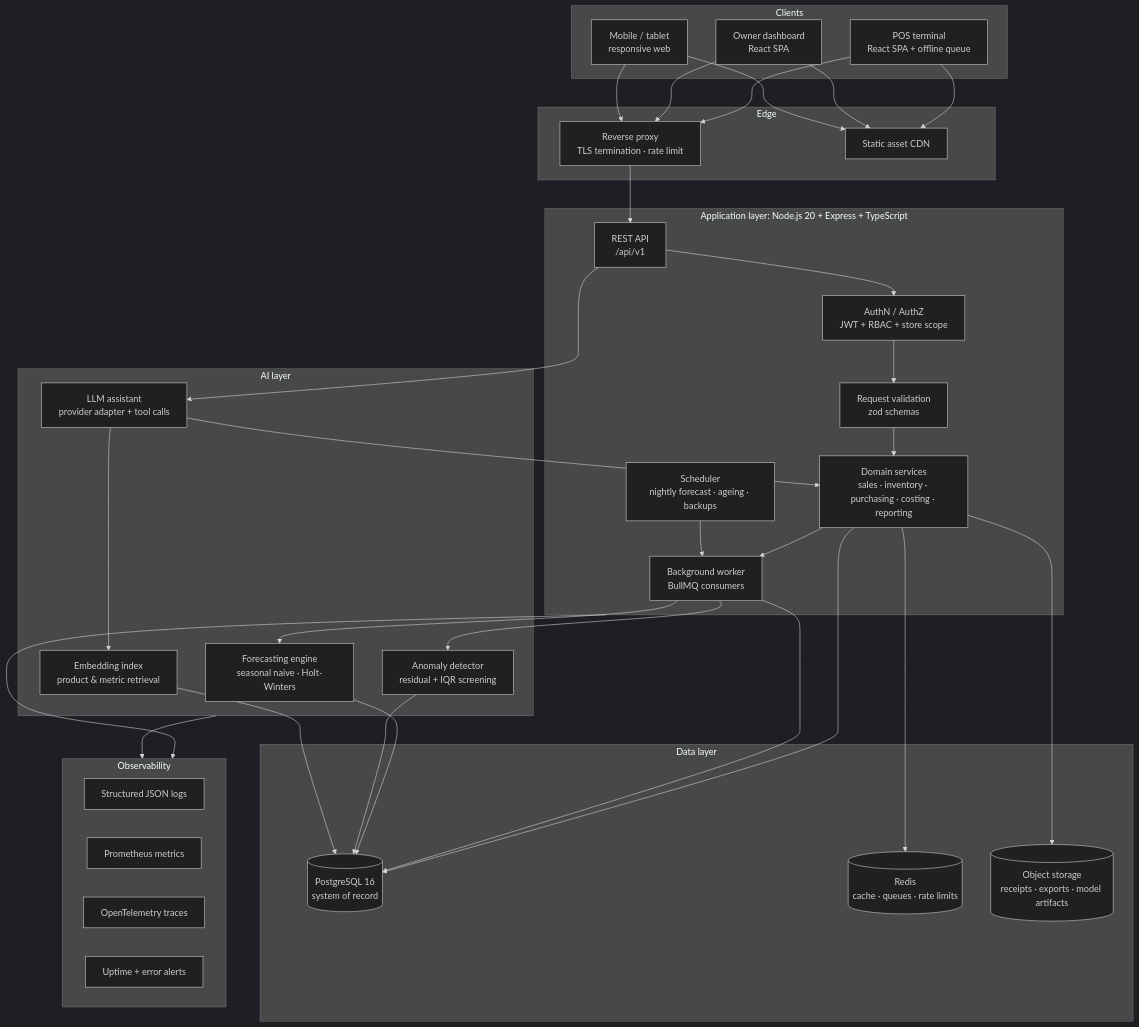
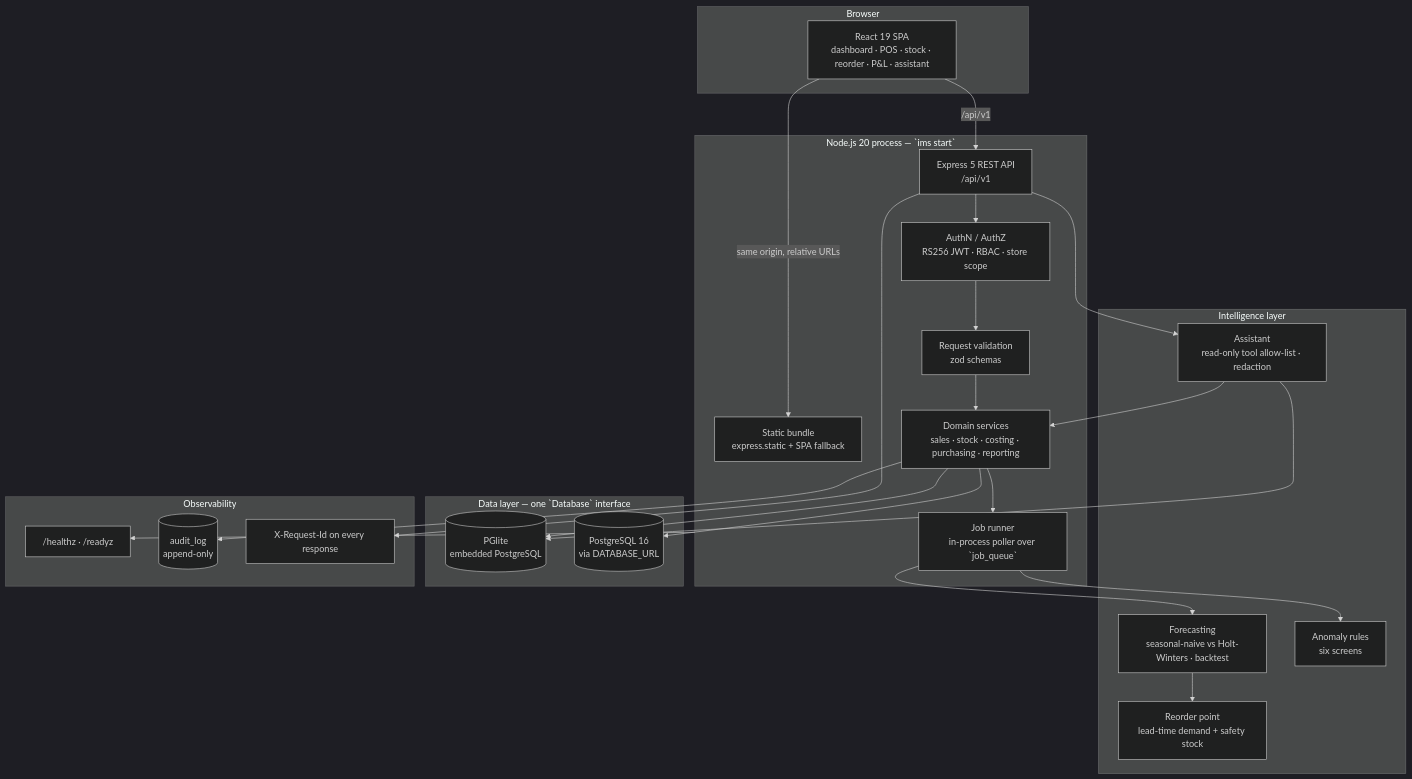
One commit to aikanii/inventory-management-system changed the first of 8 diagrams in README.md. Above: the diagram before and after it, drawn with Mermaid (dark theme). The commit also changed other lines of this file, not shown here.

First line of the commit message:
docs: add implementation roadmap and API tour to README

````diff
--- a/README.md
+++ b/README.md
@@ -152,67 +156,47 @@
 ```mermaid
 flowchart TB
-    subgraph Clients["Clients"]
-        POS["POS terminal<br/>React SPA + offline queue"]
-        Admin["Owner dashboard<br/>React SPA"]
-        Mob["Mobile / tablet<br/>responsive web"]
+    subgraph Client["Browser"]
+        SPA["React 19 SPA<br/>dashboard · POS · stock · reorder · P&amp;L · assistant"]
     end
 
-    subgraph Edge["Edge"]
-        Proxy["Reverse proxy<br/>TLS termination · rate limit"]
-        CDN["Static asset CDN"]
+    subgraph Process["Node.js 20 process — `ims start`"]
+        Static["Static bundle<br/>express.static + SPA fallback"]
+        API["Express 5 REST API<br/>/api/v1"]
+        AuthZ["AuthN / AuthZ<br/>RS256 JWT · RBAC · store scope"]
+        Validate["Request validation<br/>zod schemas"]
+        Domain["Domain services<br/>sales · stock · costing · purchasing · reporting"]
+        Queue["Job runner<br/>in-process poller over `job_queue`"]
     end
 
-    subgraph Application["Application layer: Node.js 20 + Express + TypeScript"]
-        API["REST API<br/>/api/v1"]
-        AuthZ["AuthN / AuthZ<br/>JWT + RBAC + store scope"]
-        Validate["Request validation<br/>zod schemas"]
-        Domain["Domain services<br/>sales · inventory · purchasing · costing · reporting"]
-        Worker["Background worker<br/>BullMQ consumers"]
-        Sched["Scheduler<br/>nightly forecast · ageing · backups"]
+    subgraph AI["Intelligence layer"]
+        Forecast["Forecasting<br/>seasonal-naive vs Holt-Winters · backtest"]
+        Reorder["Reorder point<br/>lead-time demand + safety stock"]
+        Anomaly["Anomaly rules<br/>six screens"]
+        Assistant["Assistant<br/>read-only tool allow-list · redaction"]
     end
 
-    subgraph AILayer["AI layer"]
-        Forecast["Forecasting engine<br/>seasonal naive · Holt-Winters"]
-        Anomaly["Anomaly detector<br/>residual + IQR screening"]
-        Assistant["LLM assistant<br/>provider adapter + tool calls"]
-        Vector["Embedding index<br/>product & metric retrieval"]
+    subgraph Data["Data layer — one `Database` interface"]
+        PGlite[("PGlite<br/>embedded PostgreSQL")]
+        PG[("PostgreSQL 16<br/>via DATABASE_URL")]
     end
 
-    subgraph Data["Data layer"]
-        PG[("PostgreSQL 16<br/>system of record")]
-        Redis[("Redis<br/>cache · queues · rate limits")]
-        Blob[("Object storage<br/>receipts · exports · model artifacts")]
+    subgraph Obs["Observability"]
+        Health["/healthz · /readyz"]
+        Audit[("audit_log<br/>append-only")]
+        ReqId["X-Request-Id on every response"]
     end
 
-    subgraph Observability["Observability"]
-        Logs["Structured JSON logs"]
-        Metrics["Prometheus metrics"]
-        Traces["OpenTelemetry traces"]
-        Alerts["Uptime + error alerts"]
-    end
-
-    POS --> CDN
-    Admin --> CDN
-    Mob --> CDN
-    POS --> Proxy
-    Admin --> Proxy
-    Mob --> Proxy
-    Proxy --> API
+    SPA -->|"same origin, relative URLs"| Static
+    SPA -->|"/api/v1"| API
     API --> AuthZ --> Validate --> Domain
+    Domain --> PGlite
     Domain --> PG
-    Domain --> Redis
-    Domain --> Blob
-    Domain --> Worker
-    Sched --> Worker
-    Worker --> PG
-    Worker --> Forecast
-    Worker --> Anomaly
-    Forecast --> PG
-    Anomaly --> PG
-    API --> Assistant
-    Assistant --> Vector
-    Assistant --> Domain
-    Vector --> PG
-    Application --> Observability
-    AILayer --> Observability
+    Domain --> Queue
+    Queue --> Forecast --> Reorder
+    Queue --> Anomaly
+    API --> Assistant --> Domain
+    Assistant --> PGlite
+    Domain --> Audit
+    API --> ReqId
+    Process --> Health
 ```
````
